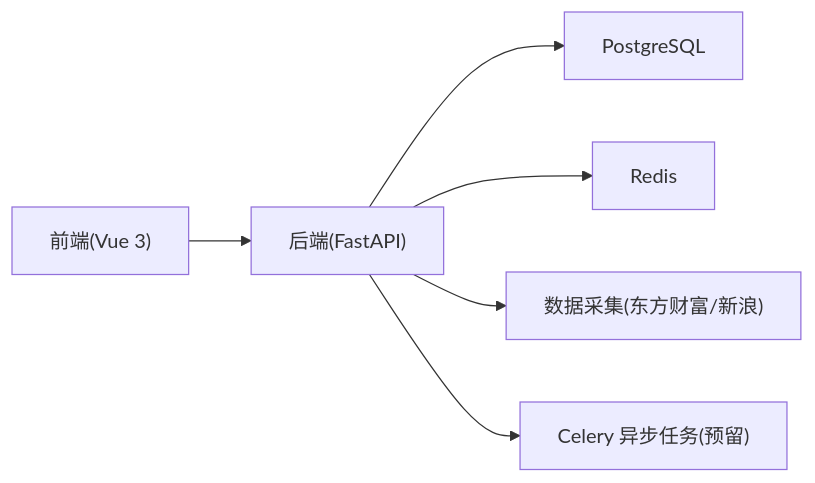
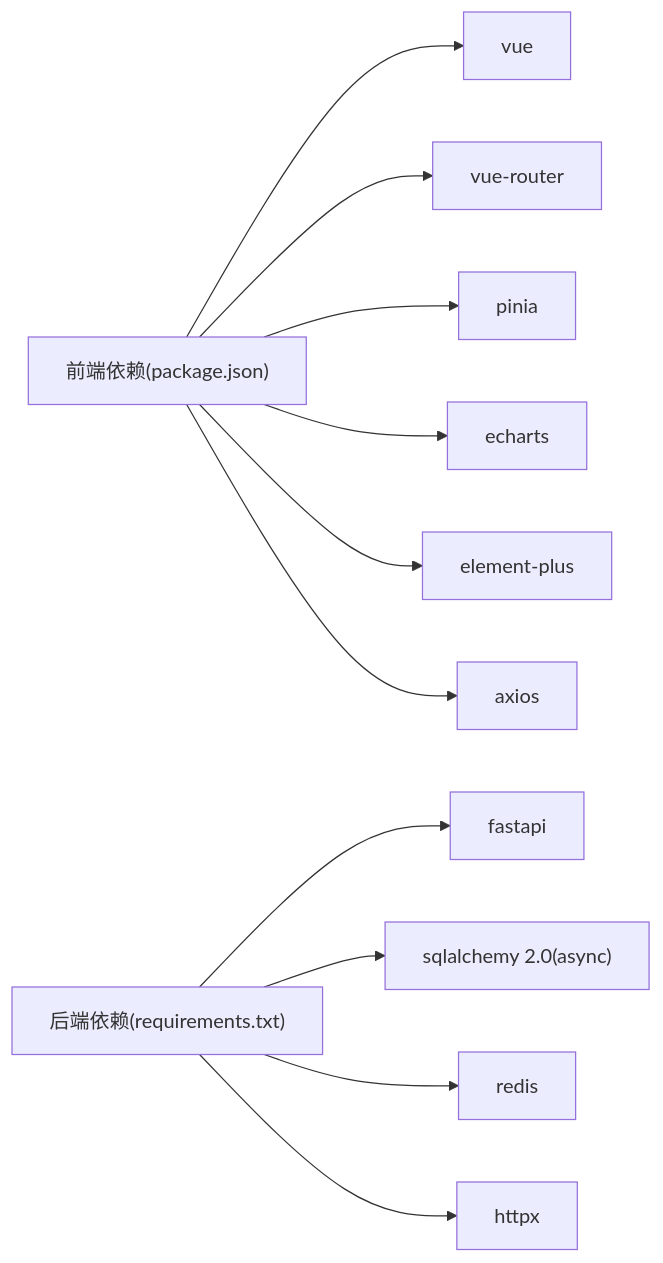
The sixth of 6 diagrams in .qoder/repowiki/zh/content/项目概述.md (We3le7/stock-view), drawn with Mermaid before and after one commit. The commit also changed other lines of this file and 142 other files, not shown here.

````diff
--- a/.qoder/repowiki/zh/content/项目概述.md
+++ b/.qoder/repowiki/zh/content/项目概述.md
@@ -334,8 +346,13 @@
 ```mermaid
 graph LR
-Frontend["前端(Vue 3)"] --> Backend["后端(FastAPI)"]
-Backend --> DB["PostgreSQL"]
-Backend --> Cache["Redis"]
-Backend --> Collector["数据采集(东方财富/新浪)"]
-Backend --> Celery["Celery 异步任务(预留)"]
+FE["前端依赖(package.json)"] --> Vue["vue"]
+FE --> Router["vue-router"]
+FE --> Pinia["pinia"]
+FE --> ECharts["echarts"]
+FE --> ElementPlus["element-plus"]
+FE --> Axios["axios"]
+BE["后端依赖(requirements.txt)"] --> FastAPI["fastapi"]
+BE --> SQLA["sqlalchemy 2.0(async)"]
+BE --> Redis["redis"]
+BE --> HTTPX["httpx"]
 ```
````
